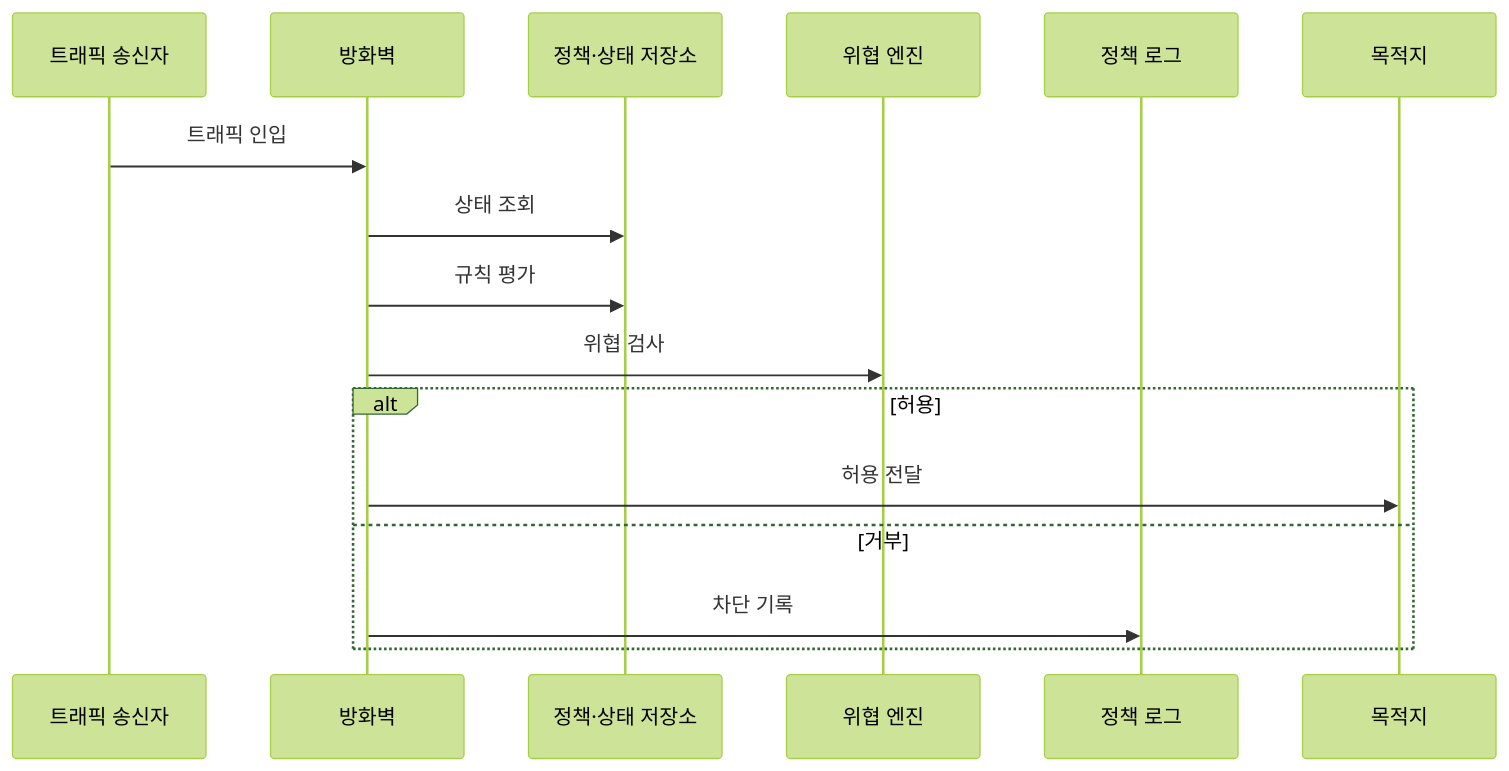
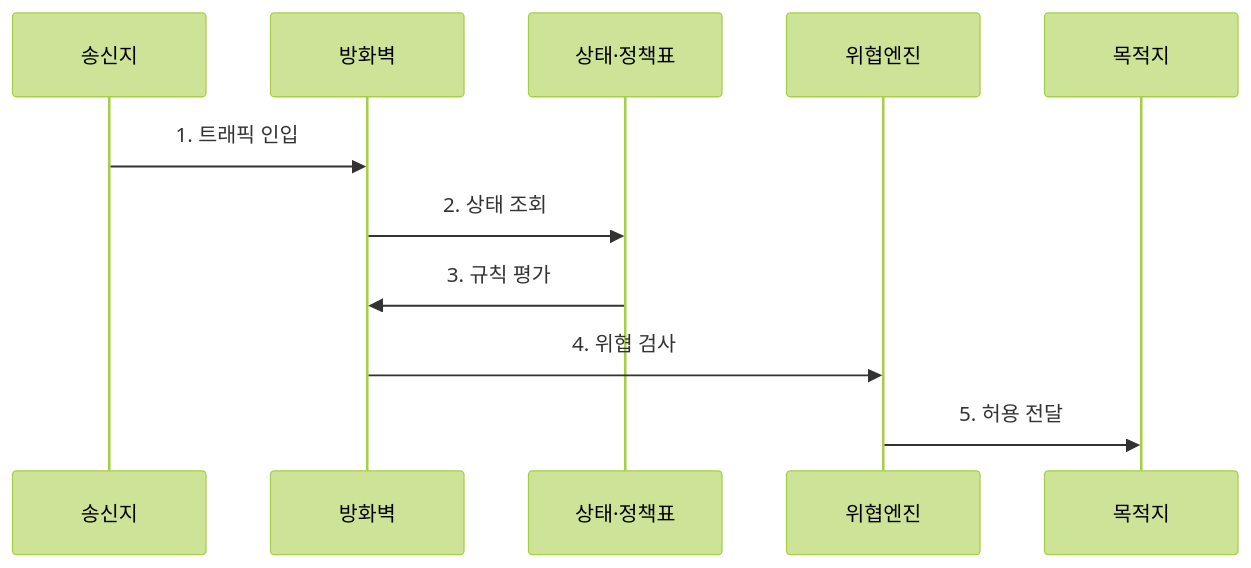
The second of 2 diagrams in src/content/docs/notes/04-network/020_firewall_types.md (agnusdei1207/knowledge-base), drawn with Mermaid (forest theme) before and after one commit. The commit also changed other lines of this file and 20 other files, not shown here.

````diff
--- a/src/content/docs/notes/04-network/020_firewall_types.md
+++ b/src/content/docs/notes/04-network/020_firewall_types.md
@@ -95,18 +87,13 @@
 ```mermaid
 sequenceDiagram
-    participant S as 트래픽 송신자
-    participant F as 방화벽
-    participant P as 정책·상태 저장소
-    participant T as 위협 엔진
-    participant L as 정책 로그
-    participant D as 목적지
-    S->>F: 트래픽 인입
-    F->>P: 상태 조회
-    F->>P: 규칙 평가
-    F->>T: 위협 검사
-    alt 허용
-        F->>D: 허용 전달
-    else 거부
-        F->>L: 차단 기록
-    end
+    participant 송신지
+    participant 방화벽
+    participant 상태·정책표
+    participant 위협엔진
+    participant 목적지
+    송신지->>방화벽: 1. 트래픽 인입
+    방화벽->>상태·정책표: 2. 상태 조회
+    상태·정책표->>방화벽: 3. 규칙 평가
+    방화벽->>위협엔진: 4. 위협 검사
+    위협엔진->>목적지: 5. 허용 전달
 ```
````
